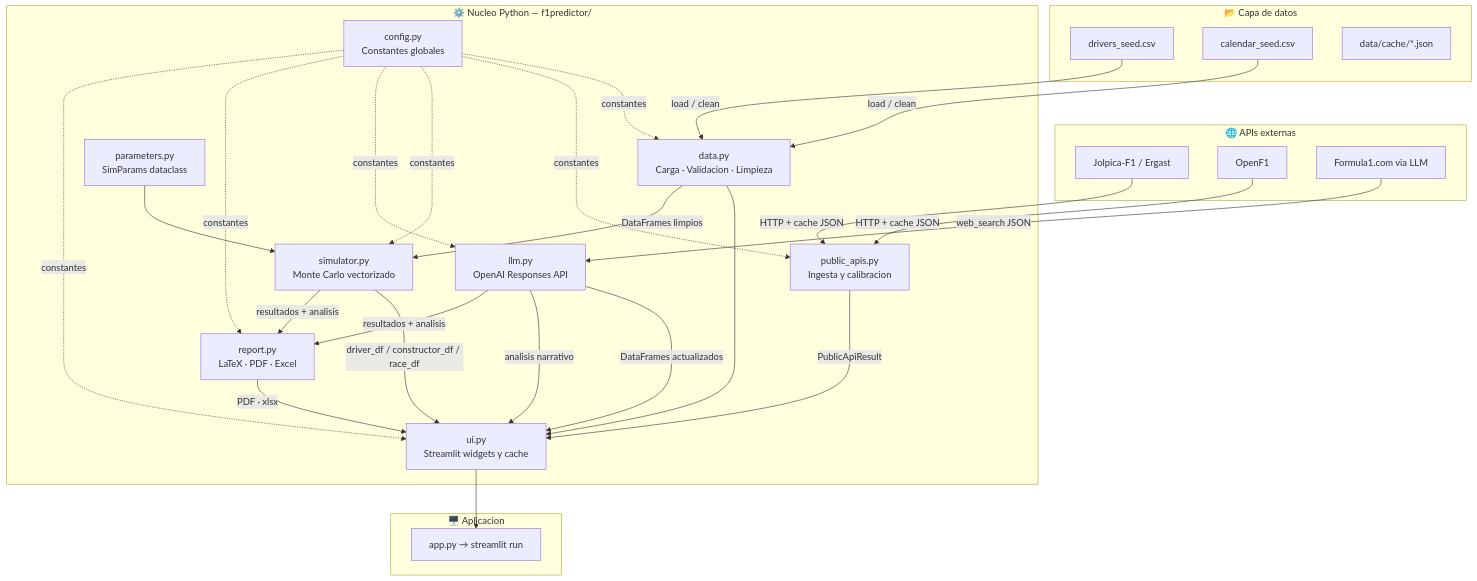
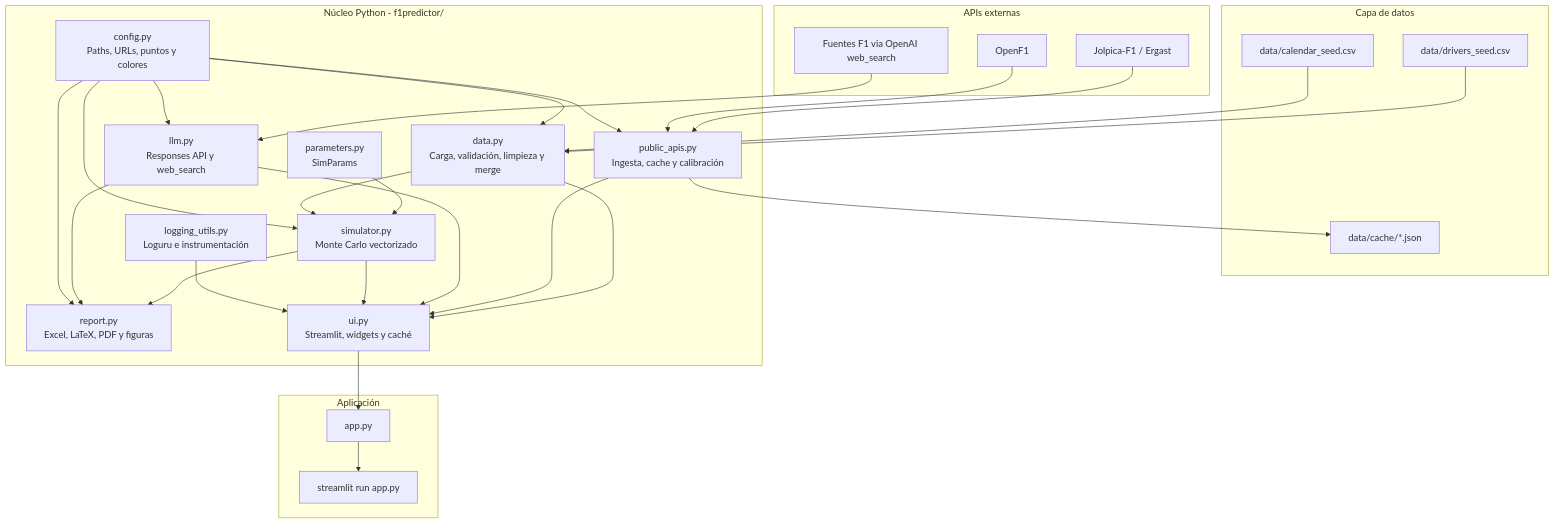
The first of 3 diagrams in README.md (fjgonzalezmgt/F1-Results), drawn with Mermaid before and after one commit. The commit also changed other lines of this file and 9 other files, not shown here.

````diff
--- a/README.md
+++ b/README.md
@@ -54,44 +62,51 @@
 ```mermaid
 graph TD
-    subgraph Datos["📂 Capa de datos"]
-        CSV_D[drivers_seed.csv]
-        CSV_C[calendar_seed.csv]
-        CACHE[data/cache/*.json]
+    subgraph Datos["Capa de datos"]
+        CSV_D["data/drivers_seed.csv"]
+        CSV_C["data/calendar_seed.csv"]
+        CACHE["data/cache/*.json"]
     end
 
-    subgraph APIs["🌐 APIs externas"]
-        JOLPICA[Jolpica-F1 / Ergast]
-        OPENF1[OpenF1]
-        F1COM[Formula1.com via LLM]
+    subgraph APIs["APIs externas"]
+        JOLPICA["Jolpica-F1 / Ergast"]
+        OPENF1["OpenF1"]
+        F1WEB["Fuentes F1 via OpenAI web_search"]
     end
 
-    subgraph Core["⚙️ Nucleo Python — f1predictor/"]
-        CONFIG[config.py\nConstantes globales]
-        DATA[data.py\nCarga · Validacion · Limpieza]
-        PARAMS[parameters.py\nSimParams dataclass]
-        PUBAPI[public_apis.py\nIngesta y calibracion]
-        SIM[simulator.py\nMonte Carlo vectorizado]
-        LLM[llm.py\nOpenAI Responses API]
-        REPORT[report.py\nLaTeX · PDF · Excel]
-        UI[ui.py\nStreamlit widgets y cache]
+    subgraph Core["Núcleo Python - f1predictor/"]
+        CONFIG["config.py<br/>Paths, URLs, puntos y colores"]
+        DATA["data.py<br/>Carga, validación, limpieza y merge"]
+        PARAMS["parameters.py<br/>SimParams"]
+        PUBAPI["public_apis.py<br/>Ingesta, cache y calibración"]
+        SIM["simulator.py<br/>Monte Carlo vectorizado"]
+        LLM["llm.py<br/>Responses API y web_search"]
+        REPORT["report.py<br/>Excel, LaTeX, PDF y figuras"]
+        LOGS["logging_utils.py<br/>Loguru e instrumentación"]
+        UI["ui.py<br/>Streamlit, widgets y caché"]
     end
 
-    subgraph App["🖥️ Aplicacion"]
-        STREAMLIT[app.py → streamlit run]
+    subgraph App["Aplicación"]
+        ENTRY["app.py"]
+        STREAMLIT["streamlit run app.py"]
     end
 
-    CSV_D & CSV_C -->|load / clean| DATA
+    CSV_D & CSV_C --> DATA
     DATA --> UI
-    JOLPICA & OPENF1 -->|HTTP + cache JSON| PUBAPI
-    F1COM -->|web_search JSON| LLM
-    PUBAPI -->|PublicApiResult| UI
-    LLM -->|DataFrames actualizados| UI
-    DATA -->|DataFrames limpios| SIM
+    JOLPICA & OPENF1 --> PUBAPI
+    PUBAPI --> CACHE
+    PUBAPI --> UI
+    F1WEB --> LLM
+    LLM --> UI
     PARAMS --> SIM
-    SIM -->|driver_df / constructor_df / race_df| UI
-    LLM -->|analisis narrativo| UI
-    SIM & LLM -->|resultados + analisis| REPORT
-    REPORT -->|PDF · xlsx| UI
-    CONFIG -.->|constantes| DATA & PUBAPI & SIM & LLM & REPORT & UI
-    UI --> STREAMLIT
+    DATA --> SIM
+    SIM --> UI
+    SIM & LLM --> REPORT
+    CONFIG --> DATA
+    CONFIG --> PUBAPI
+    CONFIG --> SIM
+    CONFIG --> LLM
+    CONFIG --> REPORT
+    LOGS --> UI
+    UI --> ENTRY
+    ENTRY --> STREAMLIT
 ```
````
